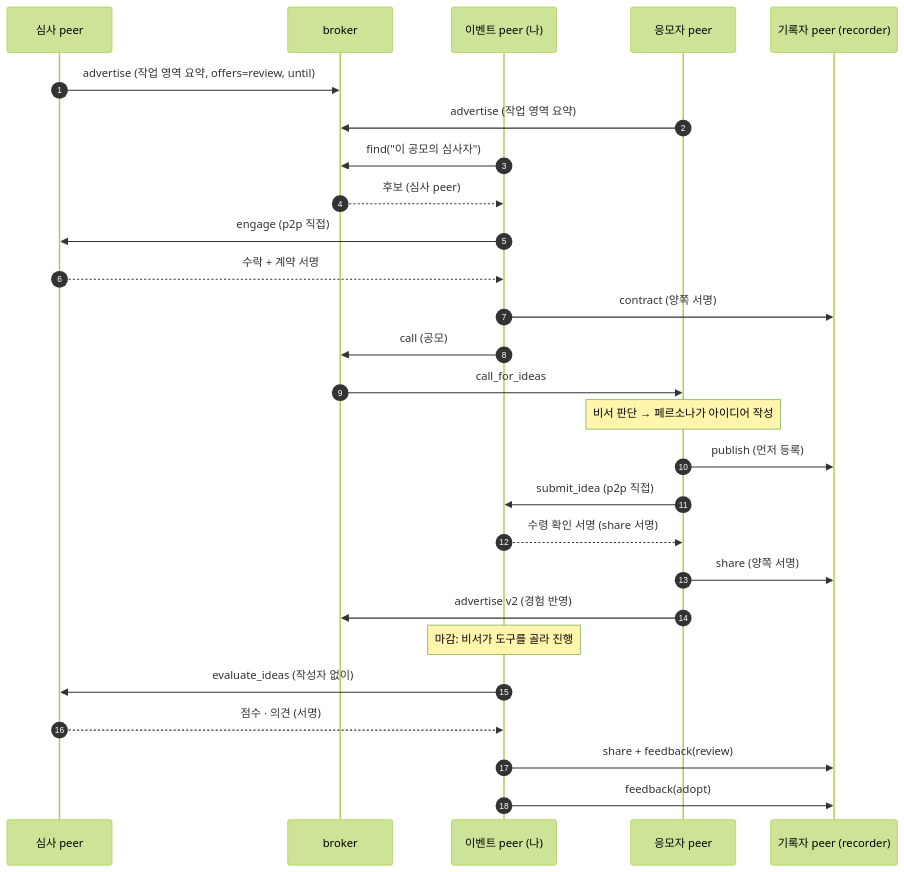
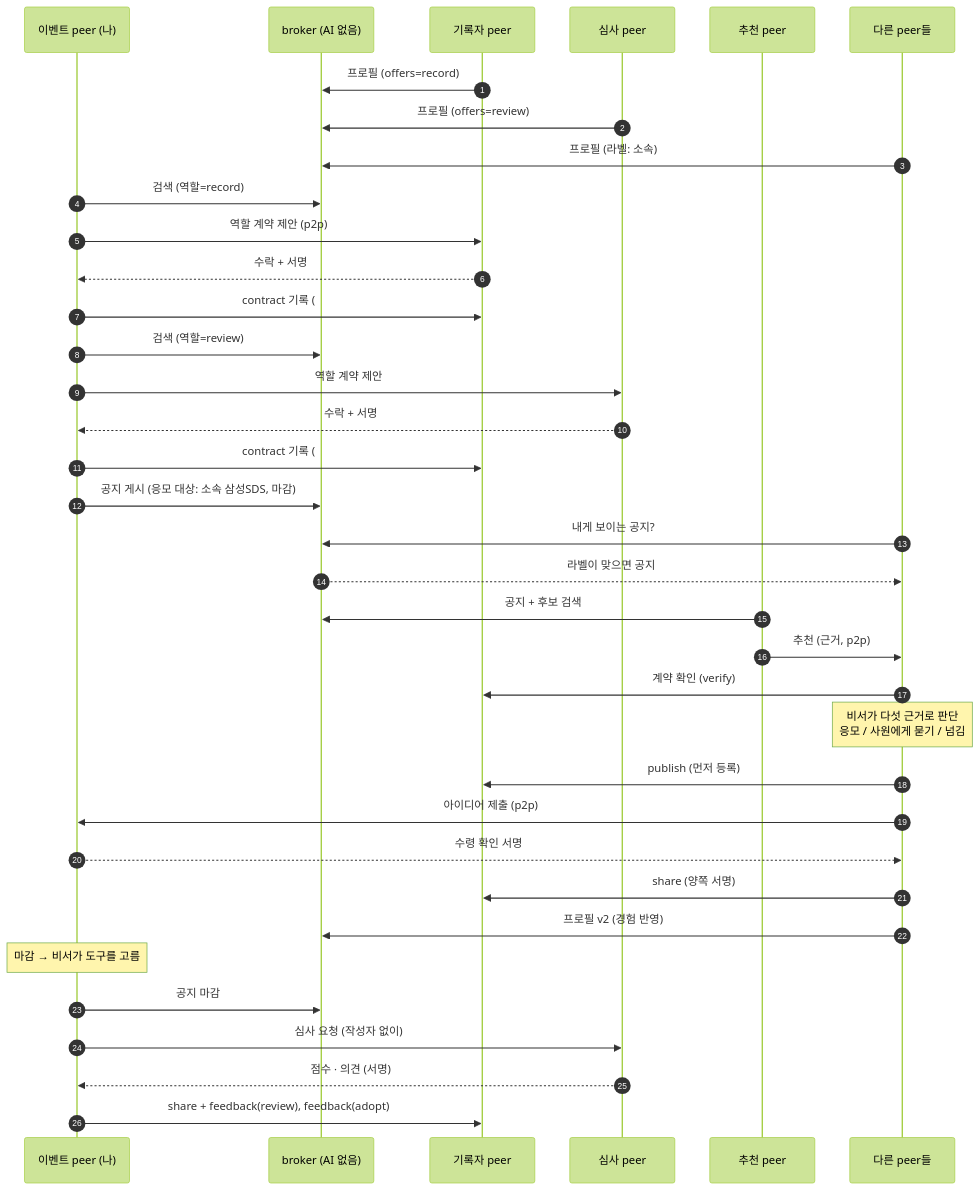
One commit to tanminkwan/share-ur-tokens changed the second of 2 diagrams in docs/system-overview.md. Above: the diagram before and after it, drawn with Mermaid (forest theme). The commit also changed other lines of this file and 11 other files, not shown here.

````diff
--- a/docs/system-overview.md
+++ b/docs/system-overview.md
@@ -88,30 +94,39 @@
 ```mermaid
 sequenceDiagram
     autonumber
-    participant R as 심사 peer
-    participant B as broker
     participant E as 이벤트 peer (나)
-    participant A as 응모자 peer
-    participant L as 기록자 peer (recorder)
+    participant B as broker (AI 없음)
+    participant RC as 기록자 peer
+    participant RV as 심사 peer
+    participant RM as 추천 peer
+    participant A as 다른 peer들
 
-    R->>B: advertise (작업 영역 요약, offers=review, until)
-    A->>B: advertise (작업 영역 요약)
-    E->>B: find("이 공모의 심사자")
-    B-->>E: 후보 (심사 peer)
-    E->>R: engage (p2p 직접)
-    R-->>E: 수락 + 계약 서명
-    E->>L: contract (양쪽 서명)
-    E->>B: call (공모)
-    B->>A: call_for_ideas
-    Note over A: 비서 판단 → 페르소나가 아이디어 작성
-    A->>L: publish (먼저 등록)
-    A->>E: submit_idea (p2p 직접)
-    E-->>A: 수령 확인 서명 (share 서명)
-    A->>L: share (양쪽 서명)
-    A->>B: advertise v2 (경험 반영)
-    Note over E: 마감: 비서가 도구를 골라 진행
-    E->>R: evaluate_ideas (작성자 없이)
-    R-->>E: 점수 · 의견 (서명)
-    E->>L: share + feedback(review)
-    E->>L: feedback(adopt)
+    RC->>B: 프로필 (offers=record)
+    RV->>B: 프로필 (offers=review)
+    A->>B: 프로필 (라벨: 소속)
+    E->>B: 검색 (역할=record)
+    E->>RC: 역할 계약 제안 (p2p)
+    RC-->>E: 수락 + 서명
+    E->>RC: contract 기록 (#0)
+    E->>B: 검색 (역할=review)
+    E->>RV: 역할 계약 제안
+    RV-->>E: 수락 + 서명
+    E->>RC: contract 기록 (#1)
+    E->>B: 공지 게시 (응모 대상: 소속 삼성SDS, 마감)
+    A->>B: 내게 보이는 공지?
+    B-->>A: 라벨이 맞으면 공지
+    RM->>B: 공지 + 후보 검색
+    RM->>A: 추천 (근거, p2p)
+    A->>RC: 계약 확인 (verify)
+    Note over A: 비서가 다섯 근거로 판단<br/>응모 / 사원에게 묻기 / 넘김
+    A->>RC: publish (먼저 등록)
+    A->>E: 아이디어 제출 (p2p)
+    E-->>A: 수령 확인 서명
+    A->>RC: share (양쪽 서명)
+    A->>B: 프로필 v2 (경험 반영)
+    Note over E: 마감 → 비서가 도구를 고름
+    E->>B: 공지 마감
+    E->>RV: 심사 요청 (작성자 없이)
+    RV-->>E: 점수 · 의견 (서명)
+    E->>RC: share + feedback(review), feedback(adopt)
 ```
````
